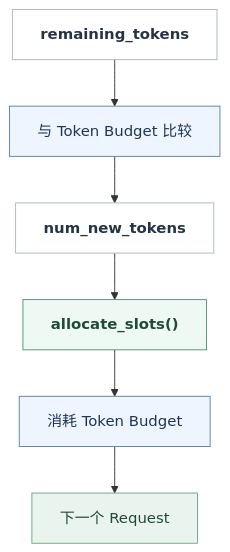
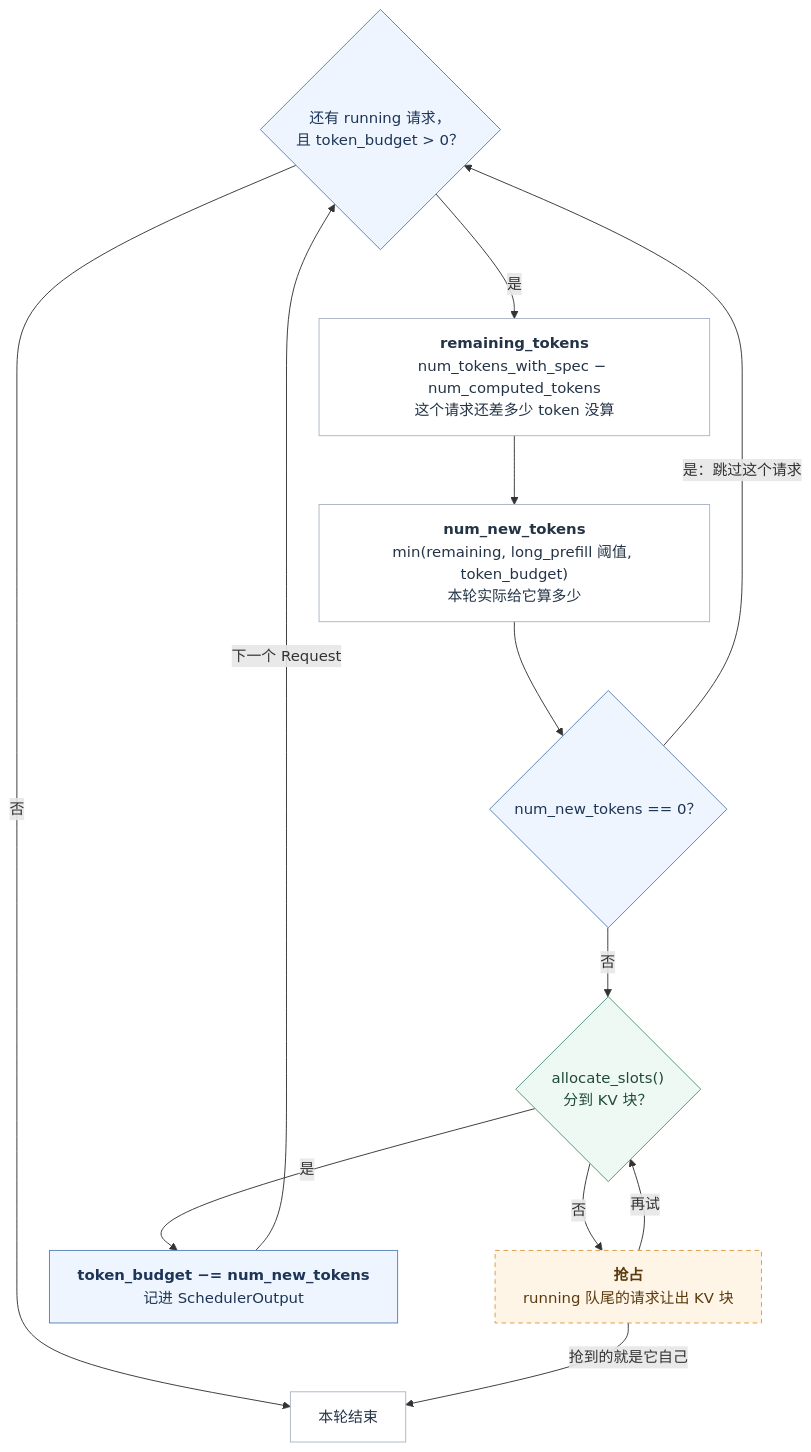
Before and after one commit to arganzheng/arganzheng.github.com: the fifth of 14 diagrams in _posts/2026-08-15-scheduler-batch-and-fairness.md, drawn with Mermaid. The commit also changed other lines of this file and 1 other file, not shown here.

First line of the commit message:
Scheduler（04）：图 10 按源码重画判断链并补回回路；execute_model 图恢复左流程右数据的 SVG；图 17 补齐抢占步骤

````diff
--- a/_posts/2026-08-15-scheduler-batch-and-fairness.md
+++ b/_posts/2026-08-15-scheduler-batch-and-fairness.md
@@ -650,14 +650,31 @@
 ```mermaid
-%% 图：从 remaining_tokens 到 num_new_tokens 的判断链
+%%{init: {"flowchart": {"wrappingWidth": 360}}}%%
+%% 图：从 remaining_tokens 到 num_new_tokens 的判断链（running 队列的一轮循环）
 flowchart TB
-    R["<b>remaining_tokens</b>"] --> C["与 Token Budget 比较"] --> N["<b>num_new_tokens</b>"] --> S["<b>allocate_slots()</b>"] --> U["消耗 Token Budget"] --> X["下一个 Request"]
+    L{"还有 running 请求，<br/>且 token_budget > 0？"}
+    R["<b>remaining_tokens</b><br/>num_tokens_with_spec − num_computed_tokens<br/>这个请求还差多少 token 没算"]
+    N["<b>num_new_tokens</b><br/>min(remaining, long_prefill 阈值, token_budget)<br/>本轮实际给它算多少"]
+    Z{"num_new_tokens == 0？"}
+    A{"allocate_slots()<br/>分到 KV 块？"}
+    P["<b>抢占</b><br/>running 队尾的请求让出 KV 块"]
+    U["<b>token_budget −= num_new_tokens</b><br/>记进 SchedulerOutput"]
+    FIN["本轮结束"]
+    L -->|"是"| R --> N --> Z
+    L -->|"否"| FIN
+    Z -->|"是：跳过这个请求"| L
+    Z -->|"否"| A
+    A -->|"否"| P
+    P -->|"再试"| A
+    P -->|"抢到的就是它自己"| FIN
+    A -->|"是"| U
+    U -->|"下一个 Request"| L
     classDef card fill:#ffffff,stroke:#a9b6c4,color:#243447
     classDef compute fill:#eef5ff,stroke:#5880b4,color:#1d3557
     classDef memory fill:#eff9f4,stroke:#4b9477,color:#1f4a37
-    classDef request fill:#e9f4ee,stroke:#70a582,color:#1f4a37
     classDef waiting fill:#fff5e6,stroke:#d79a45,color:#5a3a0e,stroke-dasharray:5 4
     class R,N card
-    class C,U compute
-    class S memory
-    class X request
+    class L,Z,U compute
+    class A memory
+    class P waiting
+    class FIN card
 ```
````
